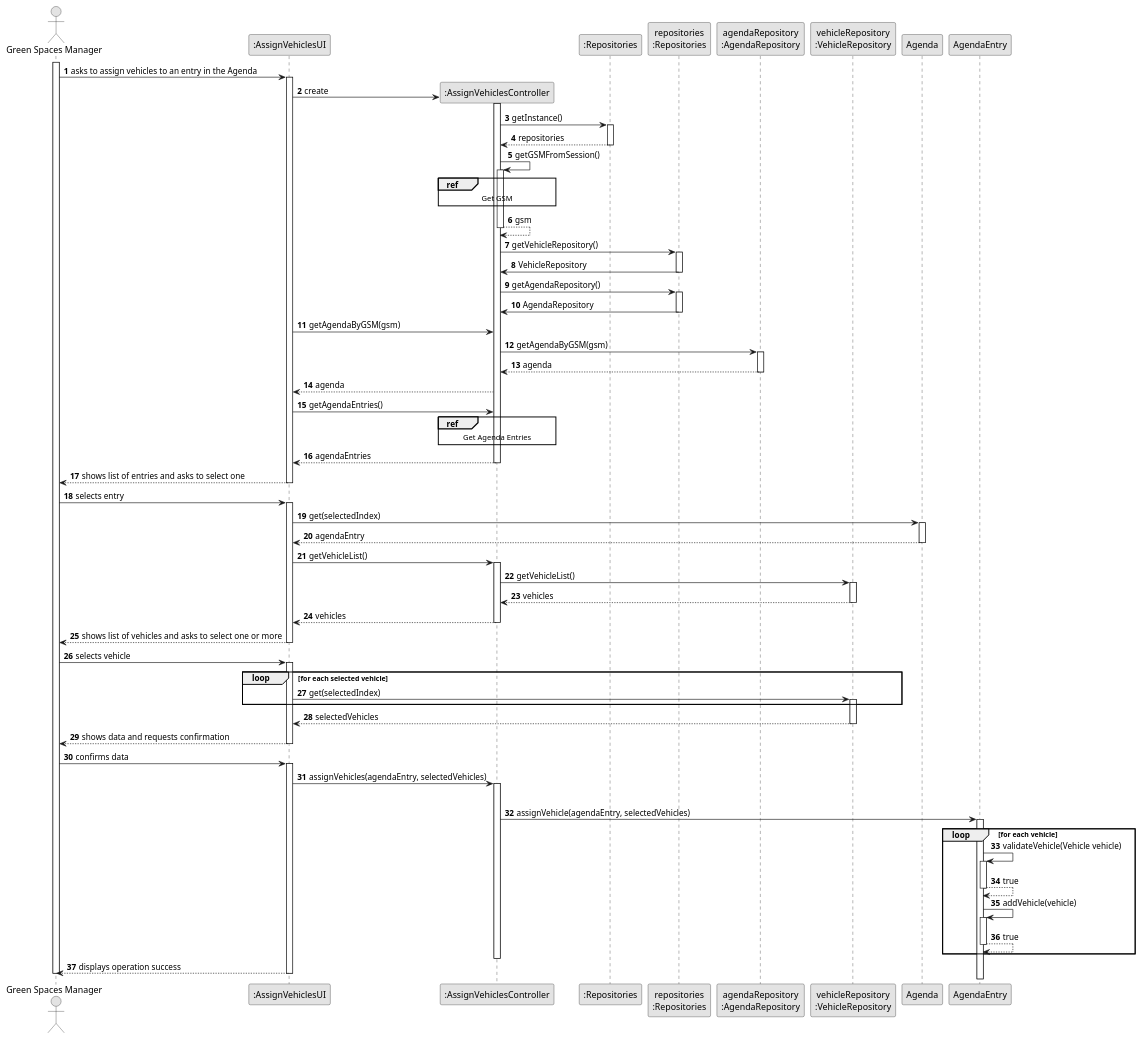
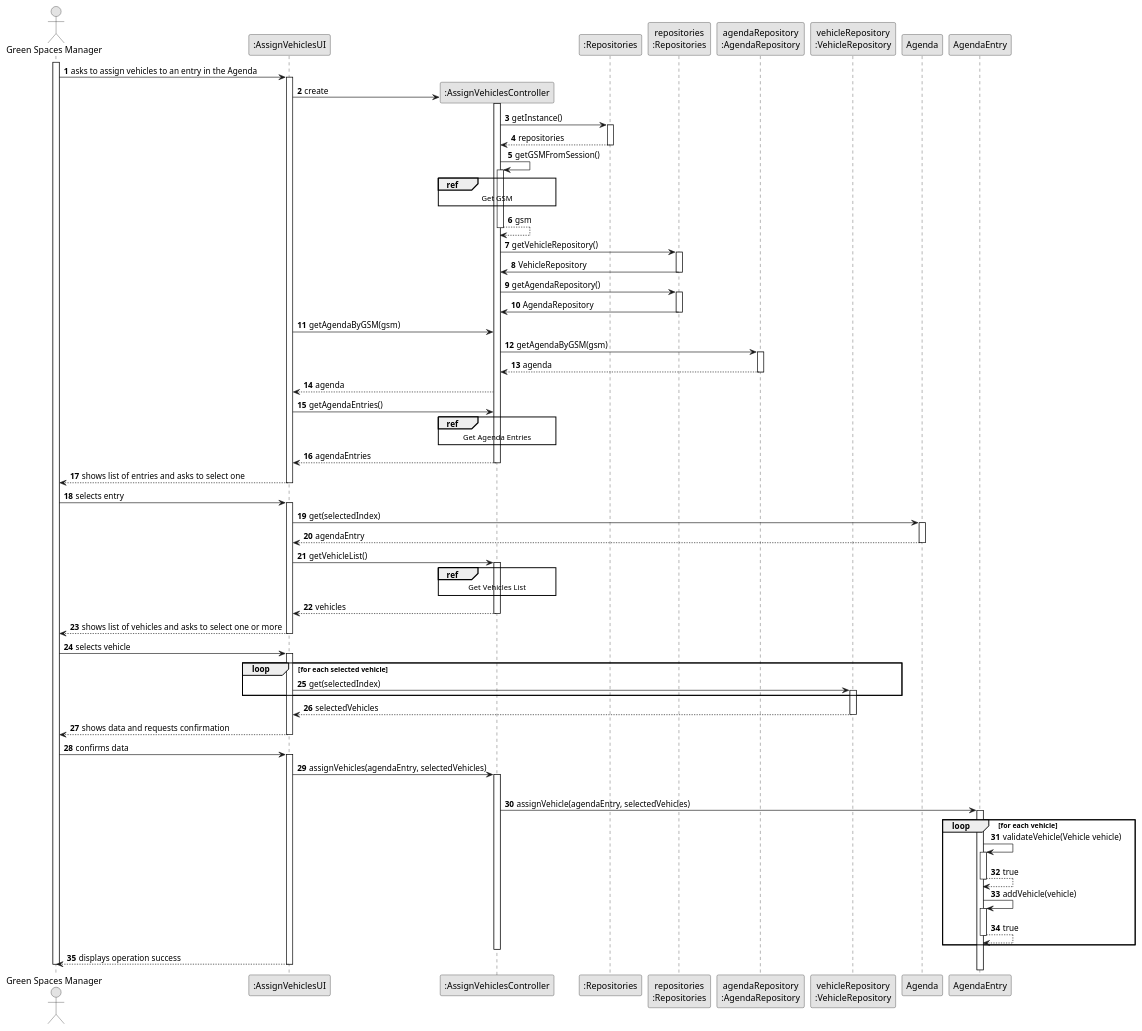
One commit to tiagosoa/lei-24-s2-1dgh-g073 changed the diagram in docs/sprint3/us026/03.design/puml/us026-sequence-diagram-full.puml. Above: the diagram before and after it, drawn with PlantUML.

Commit message:
DTO design US26

```diff
--- a/docs/sprint3/us026/03.design/puml/us026-sequence-diagram-full.puml
+++ b/docs/sprint3/us026/03.design/puml/us026-sequence-diagram-full.puml
@@ -1,154 +1,152 @@
 @startuml
 skinparam monochrome true
 skinparam packageStyle rectangle
 skinparam shadowing false
 
 autonumber
 
 'hide footbox
 actor "Green Spaces Manager" as ADM
 participant ":AssignVehiclesUI" as UI
 participant ":AssignVehiclesController" as CTRL
 participant ":Repositories" as RepositorySingleton
 participant "repositories\n:Repositories" as PLAT
 participant "agendaRepository\n:AgendaRepository" as AR
 participant "vehicleRepository\n:VehicleRepository" as VR
 participant "Agenda" as AG
 participant "AgendaEntry" as ENTRADA
 
 activate ADM
 
         ADM -> UI : asks to assign vehicles to an entry in the Agenda
 
         activate UI
 
 '            UI --> ADM : requests data (name)
             'create CTRL
             UI -> CTRL** : create
 
             activate CTRL
 
                         CTRL -> RepositorySingleton : getInstance()
                                         activate RepositorySingleton
 
                                             RepositorySingleton --> CTRL: repositories
                                         deactivate RepositorySingleton
 
                                          CTRL -> CTRL : getGSMFromSession()
                                          activate CTRL
 
                                          ref over CTRL
                                          Get GSM
                                          end
 
                                              CTRL --> CTRL : gsm
                                          deactivate CTRL
 
                              CTRL -> PLAT : getVehicleRepository()
                                      activate PLAT
 
                                  PLAT -> CTRL : VehicleRepository
                                  deactivate PLAT
 
                              CTRL -> PLAT : getAgendaRepository()
                                      activate PLAT
 
                                  PLAT -> CTRL : AgendaRepository
                                  deactivate PLAT
 
                              UI -> CTRL: getAgendaByGSM(gsm)
 
                              CTRL -> AR: getAgendaByGSM(gsm)
                                          activate AR
 
                                          AR --> CTRL: agenda
                                          deactivate AR
                              CTRL --> UI : agenda
 
 
                              UI -> CTRL : getAgendaEntries()
                             ref over CTRL
                             Get Agenda Entries
                             end
 
                             CTRL --> UI : agendaEntries
                             deactivate CTRL
 
 
 
 
     UI --> ADM : shows list of entries and asks to select one
     deactivate UI
 
 
 
     ADM -> UI : selects entry
     activate UI
 
                                      UI -> AG : get(selectedIndex)
                                      activate AG
 
                                     AG --> UI : agendaEntry
                                     deactivate AG
 
 
                                  UI -> CTRL : getVehicleList()
                                  activate CTRL
 
-                                CTRL -> VR : getVehicleList()
-                                activate VR
-
-                                VR --> CTRL : vehicles
-                                deactivate VR
+                                ref over CTRL
+                                Get Vehicles List
+                                end
 
                                 CTRL --> UI : vehicles
                                 deactivate CTRL
 
     UI --> ADM : shows list of vehicles and asks to select one or more
     deactivate UI
 
         ADM -> UI : selects vehicle
         activate UI
                                             loop for each selected vehicle
                                              UI -> VR : get(selectedIndex)
                                              activate VR
                                              end
 
                                             VR --> UI : selectedVehicles
                                             deactivate VR
         
             UI --> ADM : shows data and requests confirmation
             deactivate UI
         
             ADM -> UI : confirms data
             activate UI
 
 
         UI -> CTRL : assignVehicles(agendaEntry, selectedVehicles)
         activate CTRL
 
             |||
 
             CTRL -> ENTRADA: assignVehicle(agendaEntry, selectedVehicles)
             activate ENTRADA
             loop for each vehicle
                 ENTRADA -> ENTRADA: validateVehicle(Vehicle vehicle)
                             activate ENTRADA
 
                             ENTRADA --> ENTRADA: true
                             deactivate ENTRADA
 
                 ENTRADA -> ENTRADA: addVehicle(vehicle)
                 activate ENTRADA
                 ENTRADA --> ENTRADA: true
                 deactivate ENTRADA
                 end
 
                 deactivate CTRL
 
             UI --> ADM: displays operation success
     deactivate UI
 
 deactivate ADM
 
 @enduml
```
